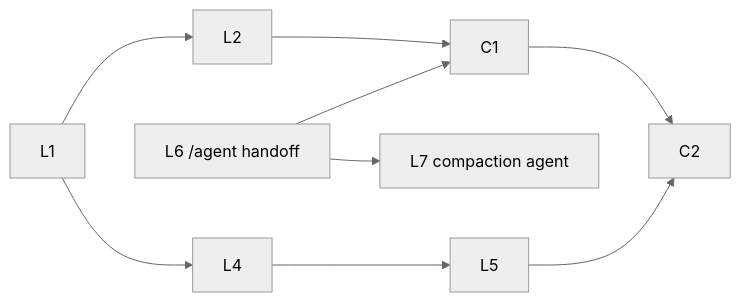
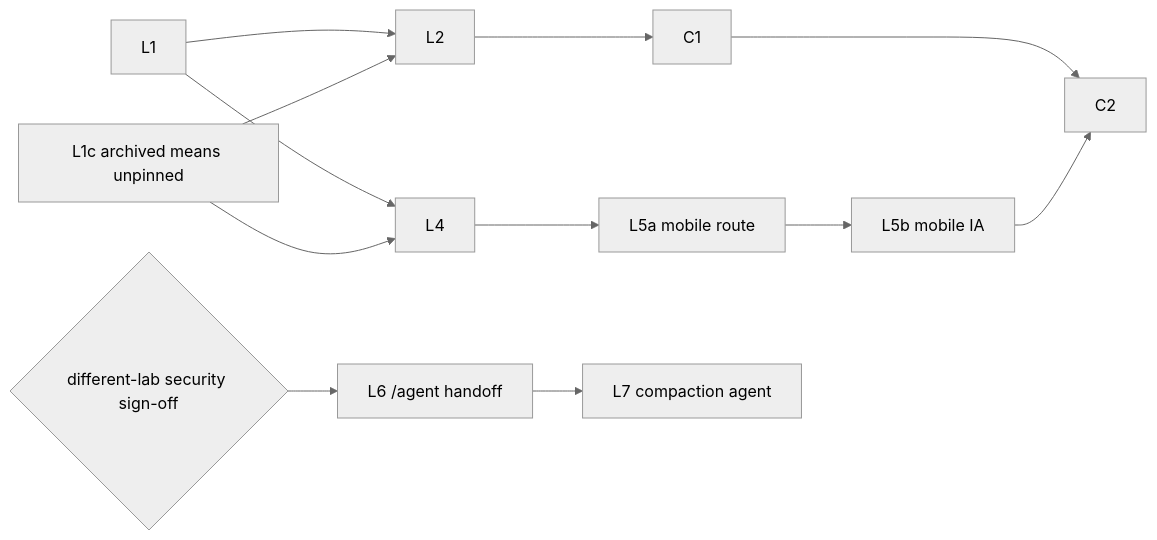
One commit to cheese-work/multica changed the second of 2 diagrams in docs/designs/dm-archive-statistics-backstack.md. Above: the diagram before and after it, drawn with Mermaid (neutral theme). The commit also changed other lines of this file, not shown here.

````diff
--- a/docs/designs/dm-archive-statistics-backstack.md
+++ b/docs/designs/dm-archive-statistics-backstack.md
@@ -166,11 +169,14 @@
 ```mermaid
 flowchart LR
   L1 --> L2
   L1 --> L4
-  L4 --> L5
-  L6["L6 /agent handoff"] --> L7["L7 compaction agent"]
+  L4 --> L5a["L5a mobile route"]
+  L5a --> L5b["L5b mobile IA"]
   L2 --> C1
-  L6 --> C1
   C1 --> C2
-  L5 --> C2
+  L5b --> C2
+  L1c["L1c archived means unpinned"] --> L2
+  L1c --> L4
+  SEC{"different-lab security sign-off"} --> L6["L6 /agent handoff"]
+  L6 --> L7["L7 compaction agent"]
 ```
````
